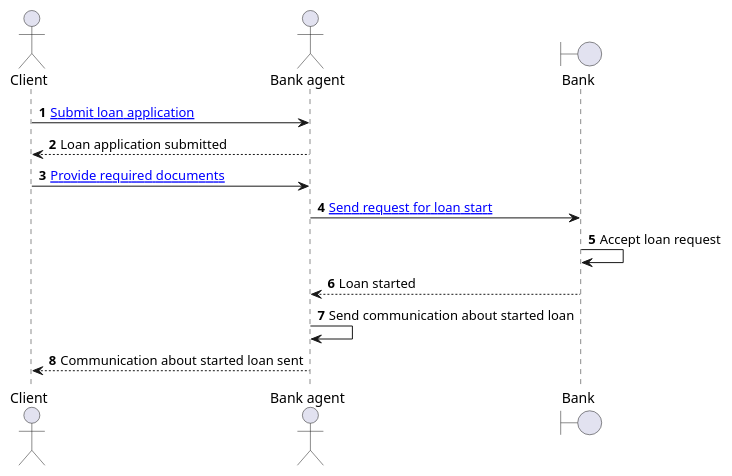
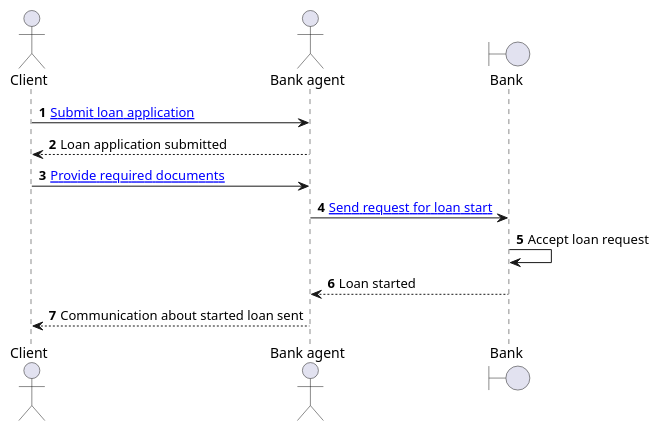
One commit to PawelJaworski/ddd-loan-application changed the diagram in model/sequence_diagram.puml. Above: the diagram before and after it, drawn with PlantUML. The commit also changed 1 other file, not shown here.

Commit message:
sequence diagram

```diff
--- a/model/sequence_diagram.puml
+++ b/model/sequence_diagram.puml
@@ -1,14 +1,13 @@
 @startuml
 autonumber
 actor Client as client
 actor       "Bank agent" as bankAgent
-boundary    "Bank" as bankAnalyst
+boundary    "Bank" as bank
 client -> bankAgent : [[https://github.com/PawelJaworski/ddd-loan-application/blob/main/src/main/java/pl/javorek/ddd/service/applicationforloan/application/command/ApplicationForALoanCmdFacade.java Submit loan application]]
 bankAgent --> client : Loan application submitted
 client -> bankAgent : [[https://github.com/PawelJaworski/ddd-loan-application/blob/main/src/main/java/pl/javorek/ddd/service/applicationforloan/application/command/ApplicationForALoanCmdFacade.java Provide required documents]]
-bankAgent -> bankAnalyst : [[https://github.com/PawelJaworski/ddd-loan-application/blob/main/src/main/java/pl/javorek/ddd/service/applicationforloan/application/command/ApplicationForALoanCmdFacade.java Send request for loan start]]
-bankAnalyst -> bankAnalyst : Accept loan request
-bankAnalyst --> bankAgent : Loan started
-bankAgent -> bankAgent : Send communication about started loan
+bankAgent -> bank : [[https://github.com/PawelJaworski/ddd-loan-application/blob/main/src/main/java/pl/javorek/ddd/service/applicationforloan/application/command/ApplicationForALoanCmdFacade.java Send request for loan start]]
+bank -> bank : Accept loan request
+bank --> bankAgent : Loan started
 bankAgent --> client : Communication about started loan sent
 @enduml
```
